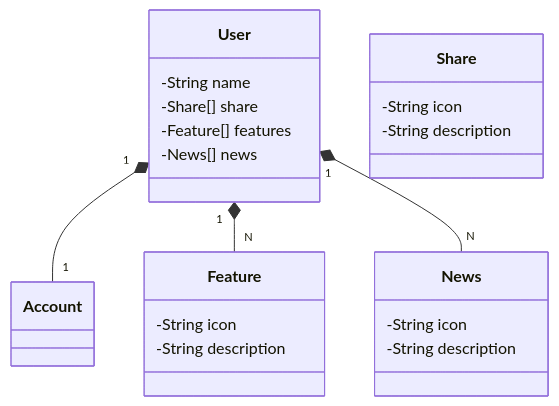
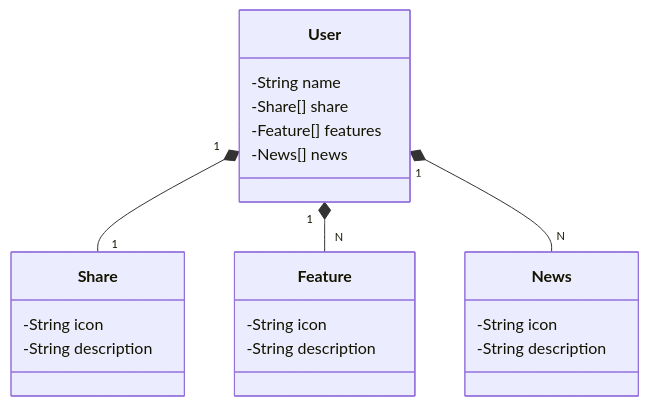
Before and after one commit to KawenyVieira/bibliotecaOnline: the diagram in README.md, drawn with Mermaid. The commit also changed other lines of this file, not shown here.

````diff
--- a/README.md
+++ b/README.md
@@ -6,28 +12,28 @@
 ```mermaid
 classDiagram
   class User {
     -String name
     -Share[] share
     -Feature[] features
     -News[] news
   }
 
   class Share {
     -String icon
     -String description
   }
 
   class Feature {
     -String icon
     -String description
   }
 
   class News {
     -String icon
     -String description
   }
 
-  User "1" *-- "1" Account
+  User "1" *-- "1" Share
   User "1" *-- "N" Feature
   User "1" *-- "N" News
 ```
````
